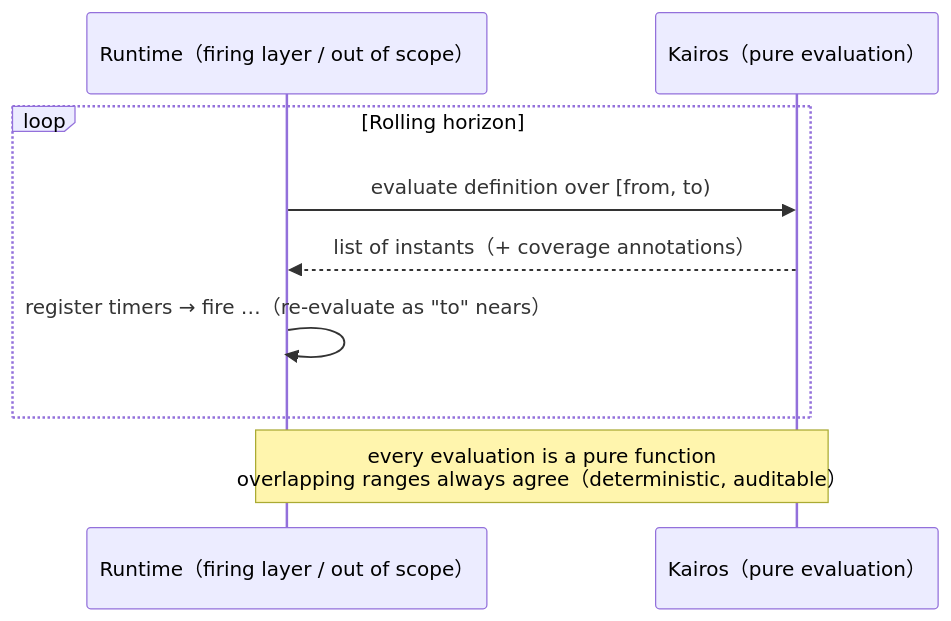
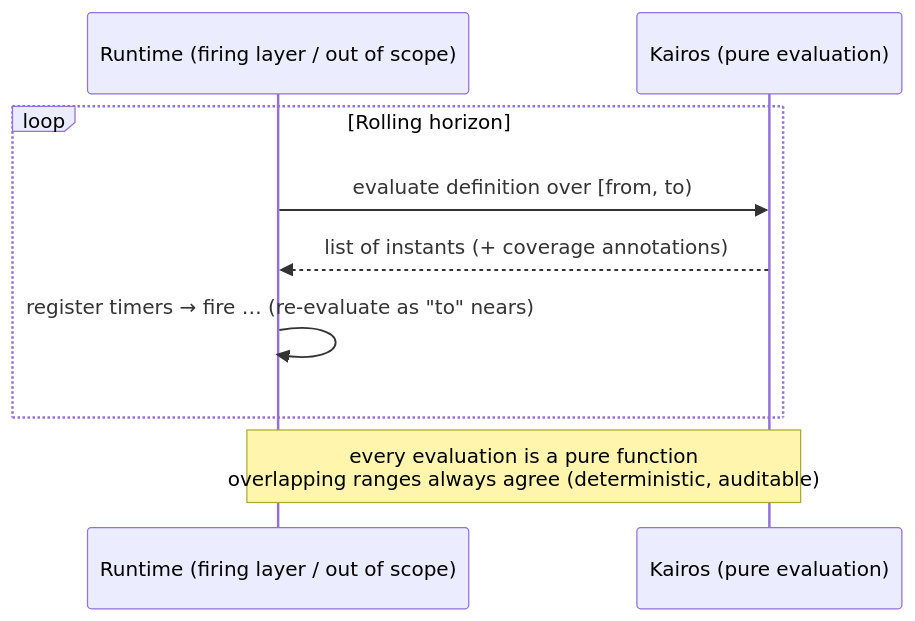
One commit to azathothx/kairos-lang changed the diagram in README.md. Above: the diagram before and after it, drawn with Mermaid. The commit also changed other lines of this file and 22 other files, not shown here.

````diff
--- a/README.md
+++ b/README.md
@@ -86,11 +87,11 @@
 ```mermaid
 sequenceDiagram
-    participant R as Runtime（firing layer / out of scope）
-    participant K as Kairos（pure evaluation）
+    participant R as Runtime (firing layer / out of scope)
+    participant K as Kairos (pure evaluation)
     loop Rolling horizon
         R->>K: evaluate definition over [from, to)
-        K-->>R: list of instants（+ coverage annotations）
-        R->>R: register timers → fire …（re-evaluate as "to" nears）
+        K-->>R: list of instants (+ coverage annotations)
+        R->>R: register timers → fire … (re-evaluate as "to" nears)
     end
-    Note over R,K: every evaluation is a pure function<br/>overlapping ranges always agree（deterministic, auditable）
+    Note over R,K: every evaluation is a pure function<br/>overlapping ranges always agree (deterministic, auditable)
 ```
````
